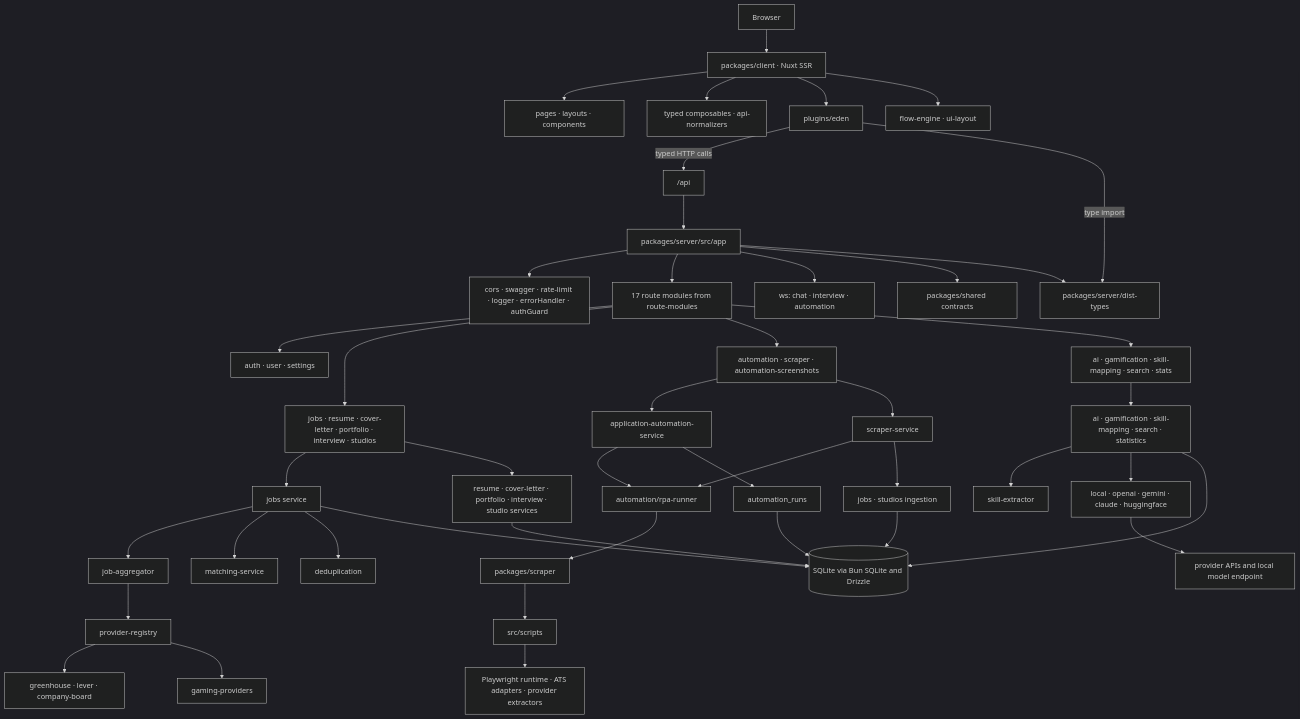
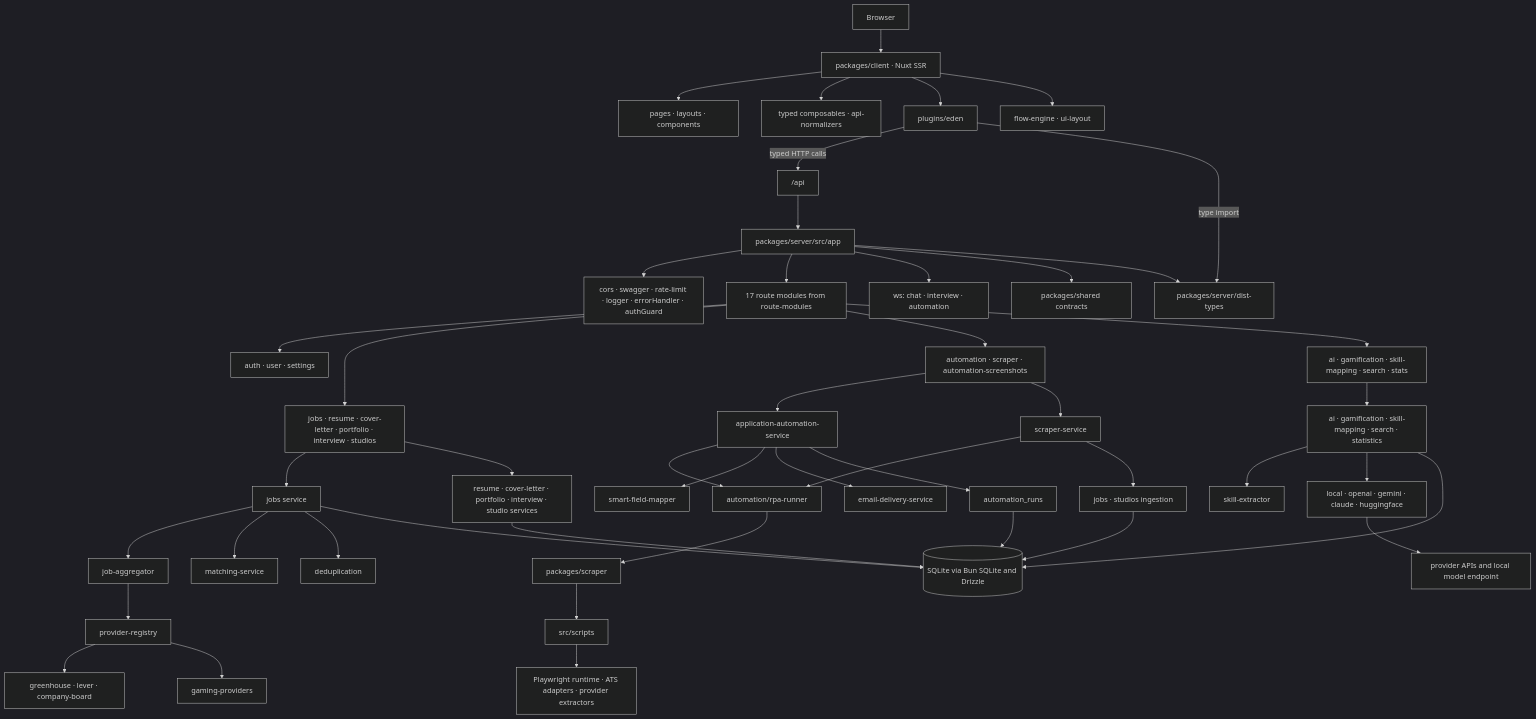
The first of 2 diagrams in README.md (d4551/baobuildbuddy), drawn with Mermaid (dark theme) before and after one commit. The commit also changed other lines of this file and 60 other files, not shown here.

````diff
--- a/README.md
+++ b/README.md
@@ -226,54 +226,56 @@
 ```mermaid
 flowchart TD
   Browser["Browser"] --> Client["packages/client · Nuxt SSR"]
   Client --> Pages["pages · layouts · components"]
   Client --> Composables["typed composables · api-normalizers"]
   Client --> EdenClient["plugins/eden"]
   Client --> FlowEngine["flow-engine · ui-layout"]
 
   ServerTypes["packages/server/dist-types"]
   Shared["packages/shared contracts"]
   EdenClient -->|"typed HTTP calls"| ApiPrefix["/api"]
   EdenClient -->|"type import"| ServerTypes
   ApiPrefix --> App["packages/server/src/app"]
   App --> Middleware["cors · swagger · rate-limit · logger · errorHandler · authGuard"]
   App --> Routes["17 route modules from route-modules"]
   App --> WebSockets["ws: chat · interview · automation"]
   App --> Shared
   App --> ServerTypes
 
   Routes --> AuthRoutes["auth · user · settings"]
   Routes --> CareerRoutes["jobs · resume · cover-letter · portfolio · interview · studios"]
   Routes --> AutomationRoutes["automation · scraper · automation-screenshots"]
   Routes --> PlatformRoutes["ai · gamification · skill-mapping · search · stats"]
 
   CareerRoutes --> JobsSvc["jobs service"]
   JobsSvc --> JobAggregator["job-aggregator"]
   JobAggregator --> ProviderRegistry["provider-registry"]
   ProviderRegistry --> ATSProviders["greenhouse · lever · company-board"]
   ProviderRegistry --> GamingProviders["gaming-providers"]
   JobsSvc --> MatchingSvc["matching-service"]
   JobsSvc --> DedupSvc["deduplication"]
 
   CareerRoutes --> DomainServices["resume · cover-letter · portfolio · interview · studio services"]
   PlatformRoutes --> PlatformServices["ai · gamification · skill-mapping · search · statistics"]
   PlatformServices --> SkillExtractor["skill-extractor"]
   PlatformServices --> AiProviders["local · openai · gemini · claude · huggingface"]
   AiProviders --> ExternalAI["provider APIs and local model endpoint"]
 
   AutomationRoutes --> AutomationSvc["application-automation-service"]
   AutomationRoutes --> ScraperSvc["scraper-service"]
   AutomationSvc --> Runner["automation/rpa-runner"]
+  AutomationSvc --> SmartFieldMapper["smart-field-mapper"]
+  AutomationSvc --> EmailDelivery["email-delivery-service"]
   ScraperSvc --> Runner
   Runner --> ScraperPkg["packages/scraper"]
   ScraperPkg --> Scripts["src/scripts"]
   Scripts --> Runtime["Playwright runtime · ATS adapters · provider extractors"]
 
   JobsSvc --> DB[("SQLite via Bun SQLite and Drizzle")]
   DomainServices --> DB
   PlatformServices --> DB
   AutomationSvc --> AutomationRuns["automation_runs"]
   ScraperSvc --> JobsStudios["jobs · studios ingestion"]
   AutomationRuns --> DB
   JobsStudios --> DB
 ```
````
